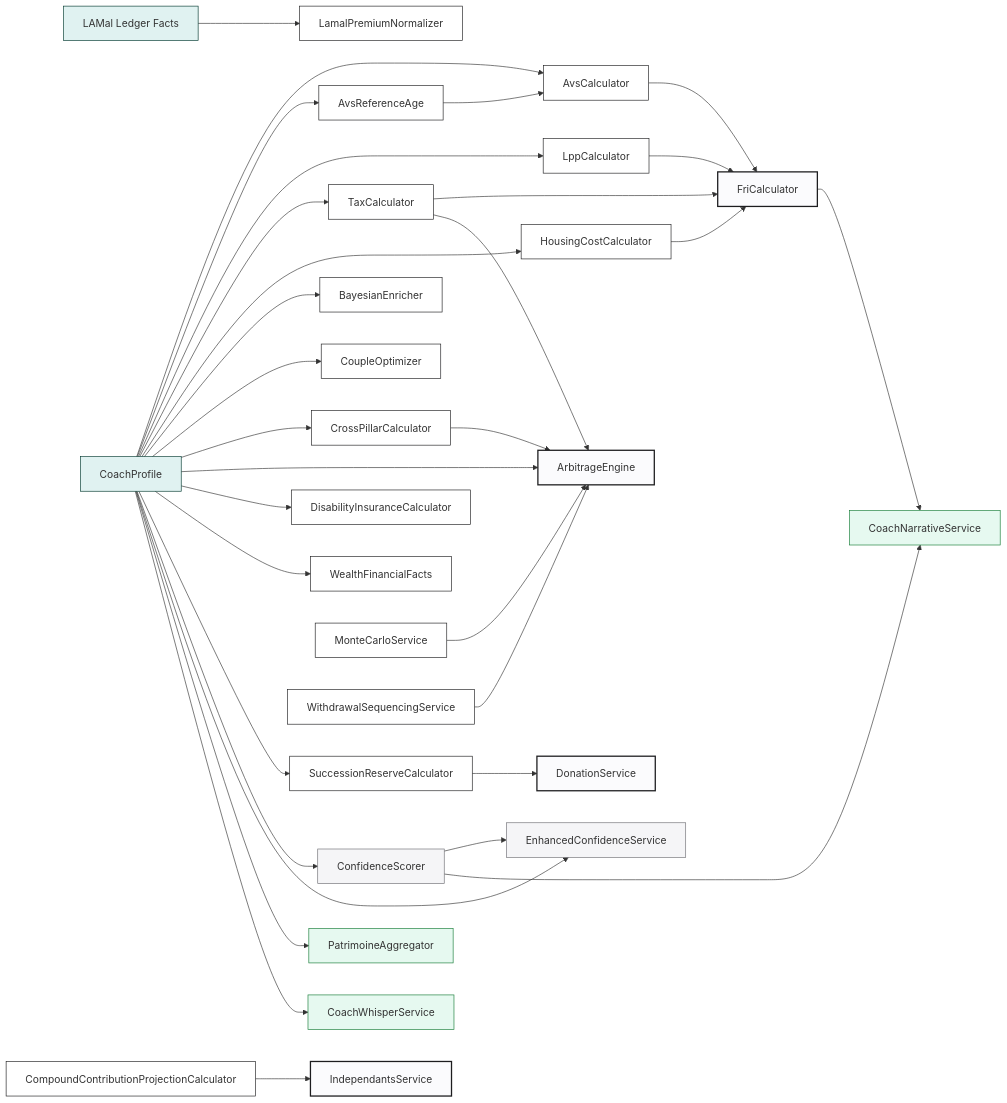
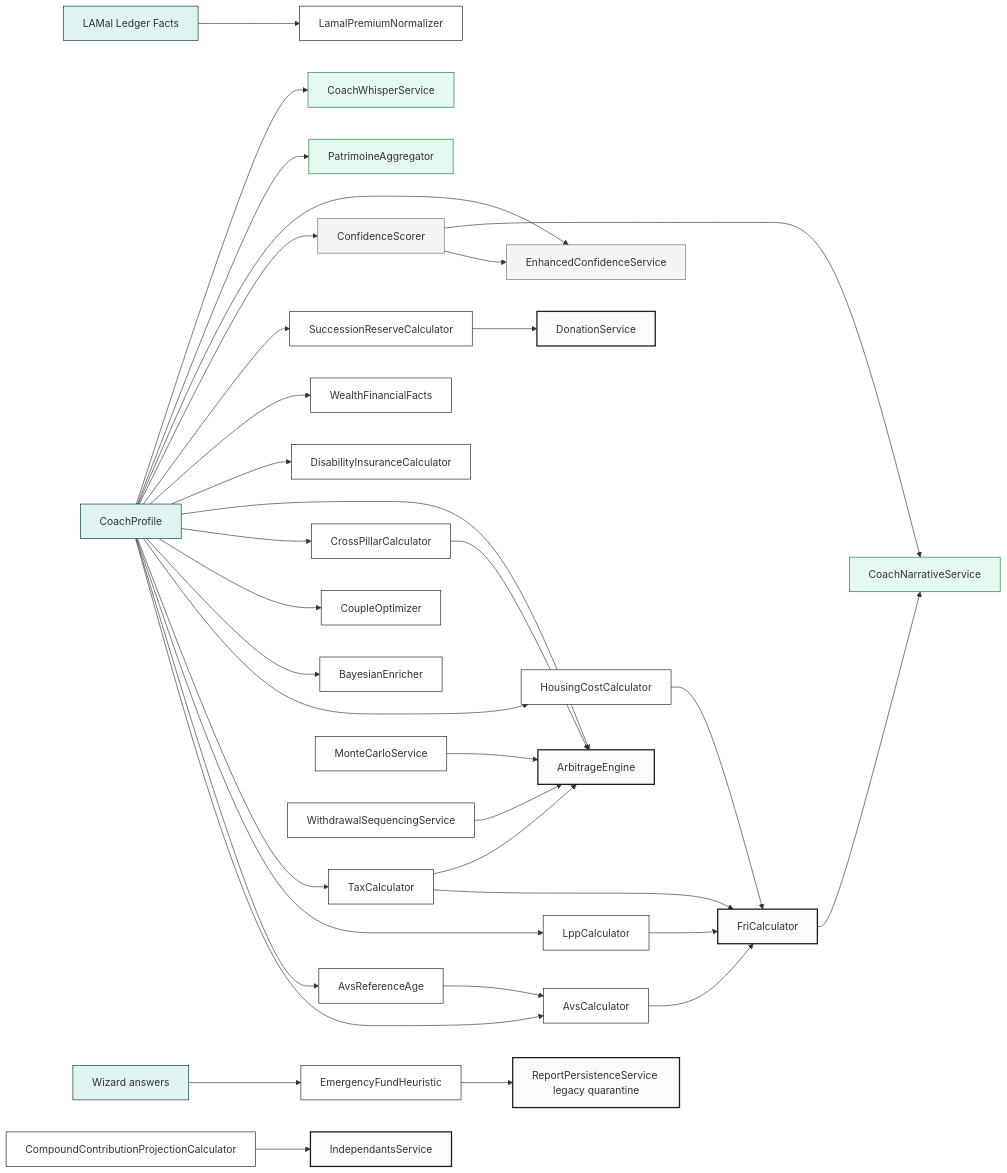
One commit to MINT-IA/MINT changed the diagram in docs/calculator-graph.md. Above: the diagram before and after it, drawn with Mermaid. The commit also changed other lines of this file and 26 other files, not shown here.

````diff
--- a/docs/calculator-graph.md
+++ b/docs/calculator-graph.md
@@ -26,48 +26,50 @@
 ```mermaid
 flowchart LR
     PROFILE[CoachProfile]:::profile
 
     PROFILE --> AVS[AvsCalculator]:::calc
     PROFILE --> AVS_REF[AvsReferenceAge]:::calc
     AVS_REF --> AVS
     PROFILE --> LPP[LppCalculator]:::calc
     PROFILE --> TAX[TaxCalculator]:::calc
     PROFILE --> HOUSING[HousingCostCalculator]:::calc
     PROFILE --> BAYESIAN[BayesianEnricher]:::calc
 
     AVS --> FRI[FriCalculator]:::composer
     LPP --> FRI
     TAX --> FRI
     HOUSING --> FRI
 
     PROFILE --> COUPLE[CoupleOptimizer]:::calc
     PROFILE --> CROSS[CrossPillarCalculator]:::calc
     PROFILE --> ARB[ArbitrageEngine]:::composer
     CROSS --> ARB
     TAX --> ARB
     PROFILE --> DISABILITY[DisabilityInsuranceCalculator]:::calc
+    WIZARD[Wizard answers]:::profile --> EMERGENCY[EmergencyFundHeuristic]:::calc
+    EMERGENCY --> PERSIST[ReportPersistenceService legacy quarantine]:::composer
     PROFILE --> WEALTH[WealthFinancialFacts]:::calc
     PROFILE --> SUCCESSION[SuccessionReserveCalculator]:::calc
     LAMAL_FACTS[LAMal Ledger Facts]:::profile --> LAMAL[LamalPremiumNormalizer]:::calc
 
     PROFILE --> CONF[ConfidenceScorer]:::score
     PROFILE --> CONF_ENH[EnhancedConfidenceService]:::score
     CONF --> CONF_ENH
 
     PROFILE --> PAT[PatrimoineAggregator]:::ui
     PROFILE --> WHISPER[CoachWhisperService]:::ui
 
     FRI --> NAR[CoachNarrativeService]:::ui
     CONF --> NAR
 
     MC[MonteCarloService]:::calc --> ARB
     WITHDRAW[WithdrawalSequencingService]:::calc --> ARB
     COMPOUND[CompoundContributionProjectionCalculator]:::calc --> INDEP[IndependantsService]:::composer
     SUCCESSION --> DONATION[DonationService]:::composer
 
     classDef profile fill:#E0F2F1,stroke:#00382E
     classDef calc fill:#FFF,stroke:#1D1D1F
     classDef composer fill:#FBFBFD,stroke:#1D1D1F,stroke-width:2px
     classDef score fill:#F5F5F7,stroke:#6E6E73
     classDef ui fill:#E6F9F0,stroke:#157B35
 ```
````
